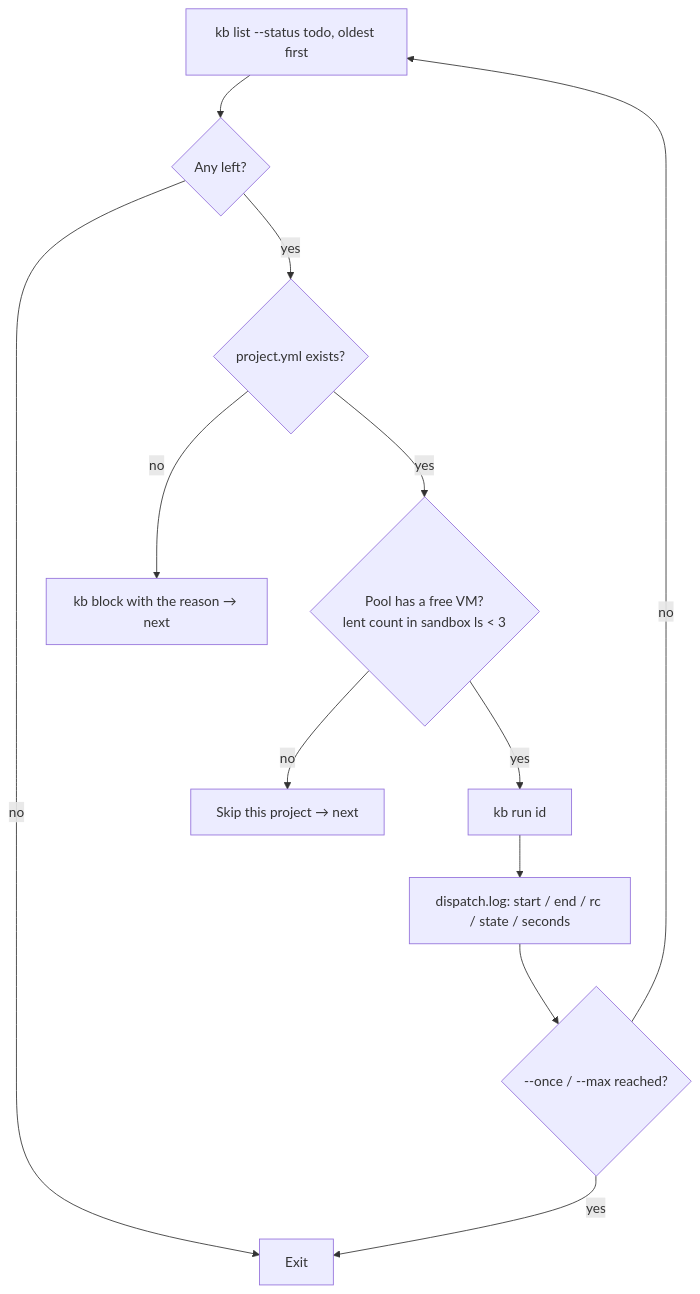
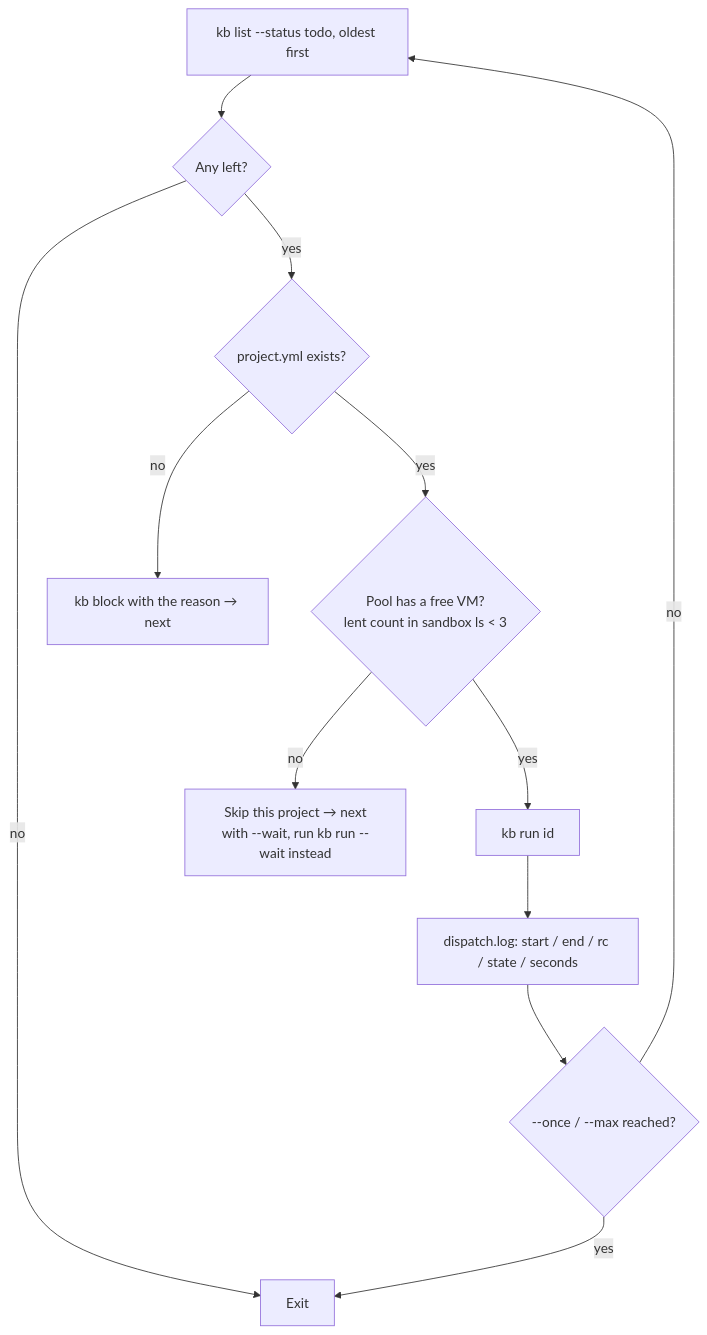
The diagram in website/content/en/reference/cli-glue.md (akkijp-oss/aifactory), drawn with Mermaid before and after one commit. The commit also changed other lines of this file and 12 other files, not shown here.

````diff
--- a/website/content/en/reference/cli-glue.md
+++ b/website/content/en/reference/cli-glue.md
@@ -67,14 +68,14 @@
 ```mermaid
 flowchart TD
   A[kb list --status todo, oldest first] --> B{Any left?}
   B -->|no| Z[Exit]
   B -->|yes| C{project.yml exists?}
   C -->|no| D[kb block with the reason → next]
   C -->|yes| E{Pool has a free VM?<br>lent count in sandbox ls < 3}
-  E -->|no| F[Skip this project → next]
+  E -->|no| F[Skip this project → next<br>with --wait, run kb run --wait instead]
   E -->|yes| G[kb run id]
   G --> H[dispatch.log: start / end / rc / state / seconds]
   H --> I{--once / --max reached?}
   I -->|no| A
   I -->|yes| Z
 ```
````
